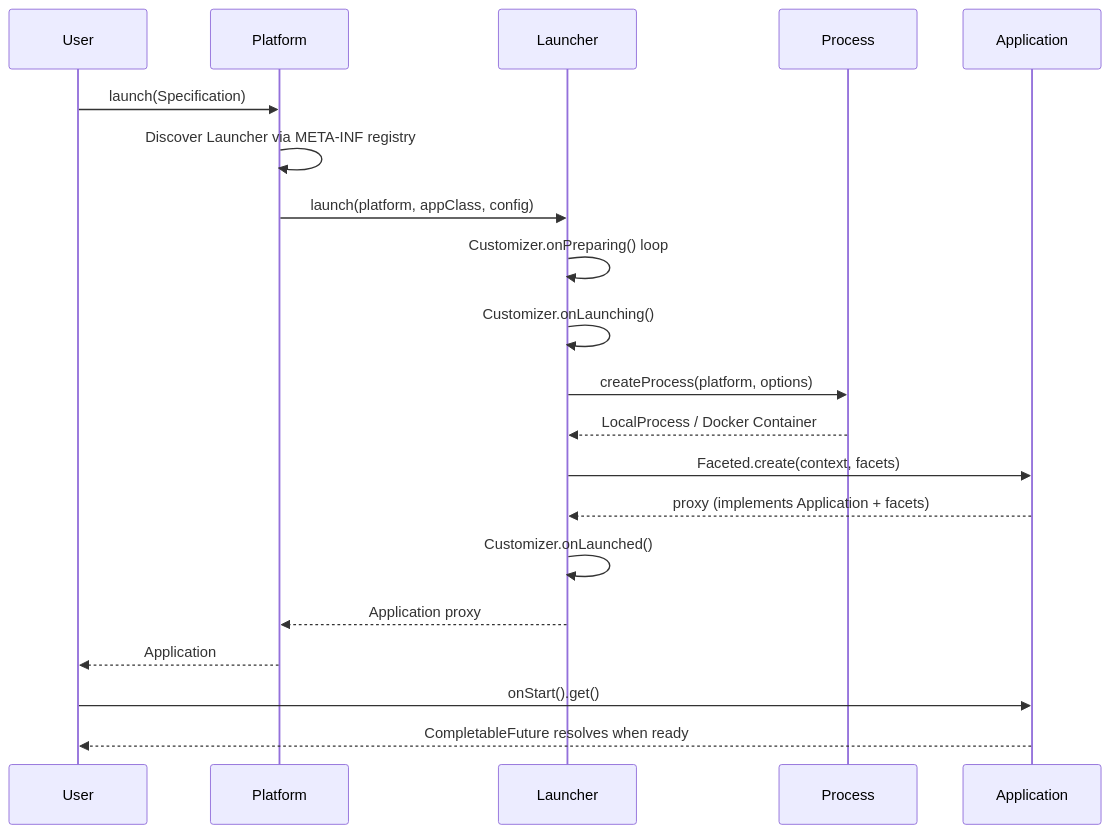
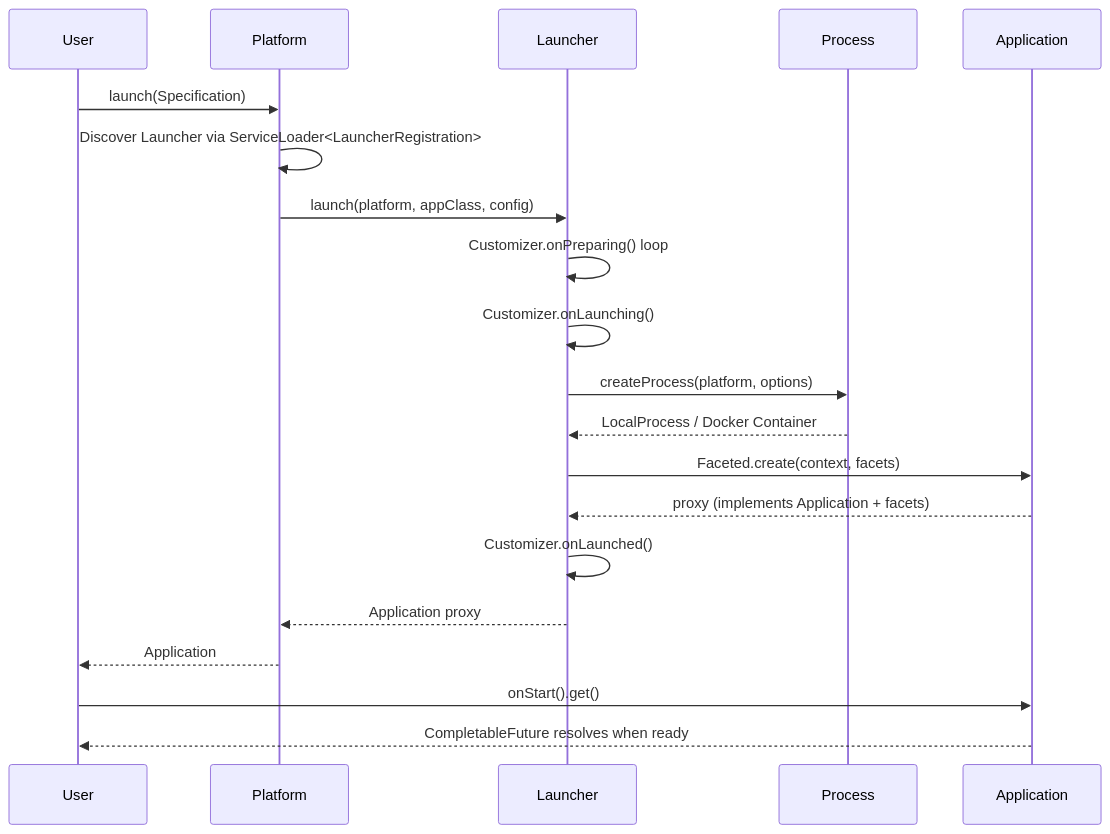
Before and after one commit to Workday/spawn.build: the second of 2 diagrams in docs/CODEBASE_MAP.md, drawn with Mermaid. The commit also changed other lines of this file and 1 other file, not shown here.

````diff
--- a/docs/CODEBASE_MAP.md
+++ b/docs/CODEBASE_MAP.md
@@ -81,23 +81,23 @@
 ```mermaid
 sequenceDiagram
     participant User
     participant Platform
     participant Launcher
     participant Process
     participant Application
 
     User->>Platform: launch(Specification)
-    Platform->>Platform: Discover Launcher via META-INF registry
+    Platform->>Platform: Discover Launcher via ServiceLoader<LauncherRegistration>
     Platform->>Launcher: launch(platform, appClass, config)
     Launcher->>Launcher: Customizer.onPreparing() loop
     Launcher->>Launcher: Customizer.onLaunching()
     Launcher->>Process: createProcess(platform, options)
     Process-->>Launcher: LocalProcess / Docker Container
     Launcher->>Application: Faceted.create(context, facets)
     Application-->>Launcher: proxy (implements Application + facets)
     Launcher->>Launcher: Customizer.onLaunched()
     Launcher-->>Platform: Application proxy
     Platform-->>User: Application
     User->>Application: onStart().get()
     Application-->>User: CompletableFuture resolves when ready
 ```
````
